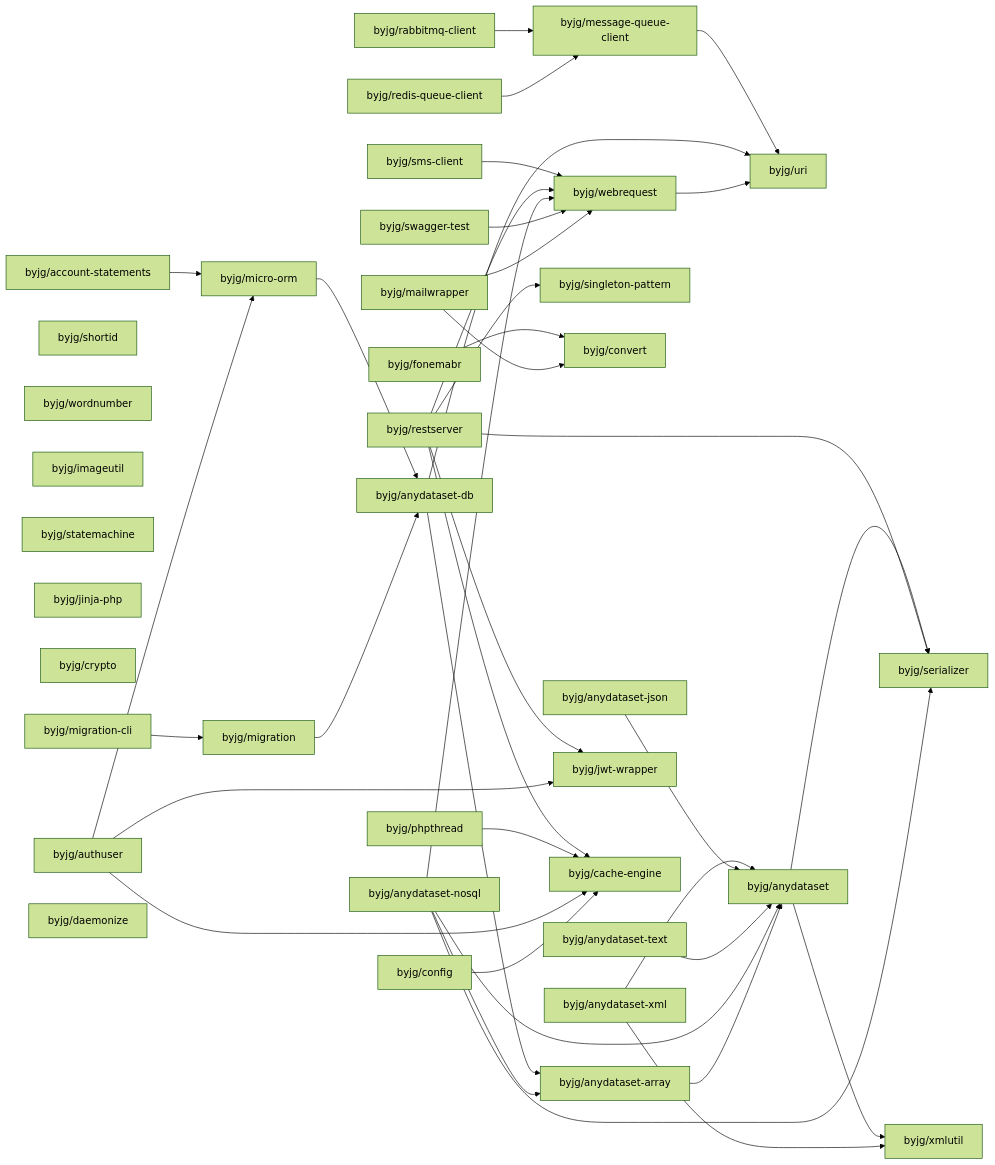
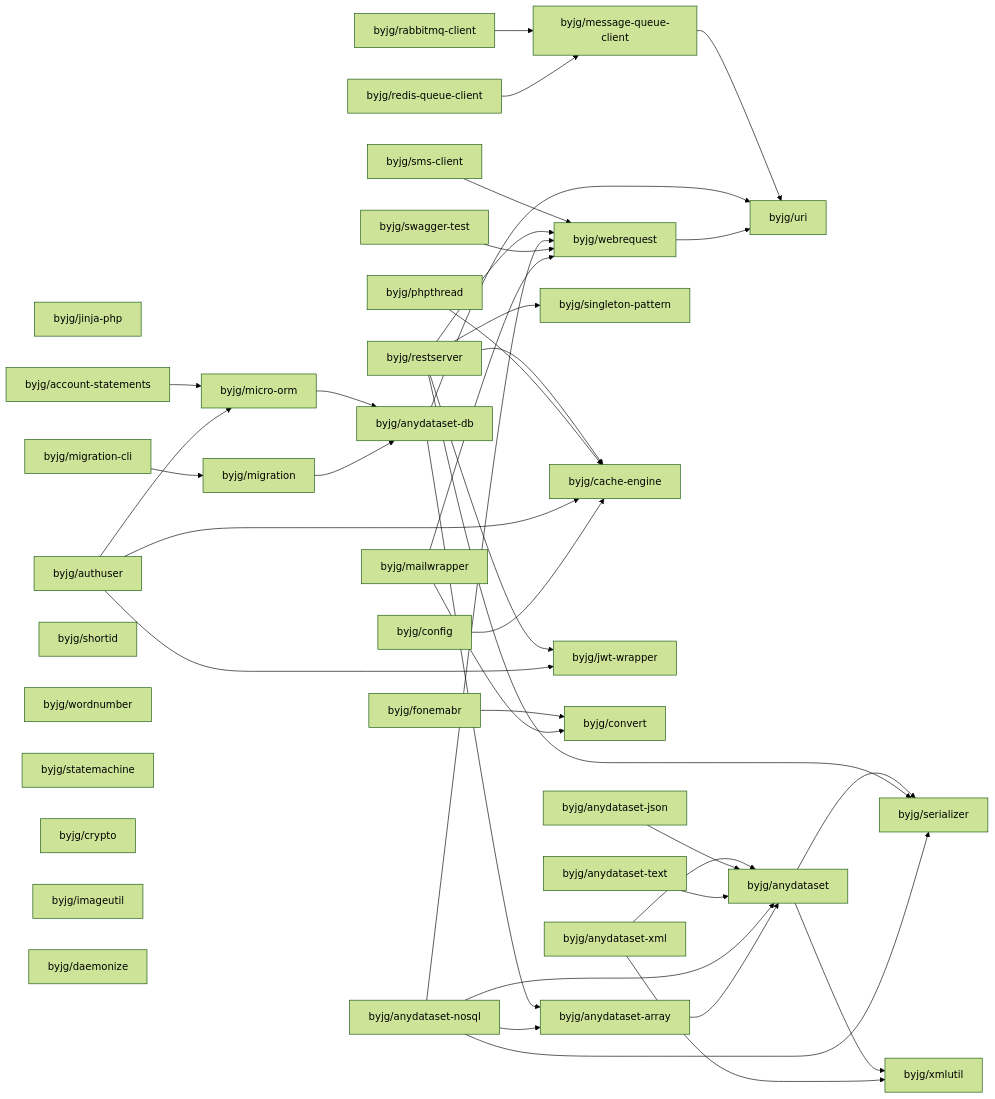
Before and after one commit to byjg/byjg.github.io: the diagram in docs/php/README.md, drawn with Mermaid (forest theme). The commit also changed other lines of this file, not shown here.

Commit message:
Update documentation 'php' 'php-restserver'

````diff
--- a/docs/php/README.md
+++ b/docs/php/README.md
@@ -3,76 +3,76 @@
 ```mermaid
 graph LR;
+  byjg/jinja-php;
+  byjg/migration-cli;
+  byjg/account-statements;
+  byjg/anydataset-nosql;
+  byjg/rabbitmq-client;
+  byjg/authuser;
+  byjg/anydataset-json;
+  byjg/phpthread;
+  byjg/anydataset-text;
+  byjg/shortid;
+  byjg/wordnumber;
+  byjg/statemachine;
+  byjg/config;
+  byjg/mailwrapper;
+  byjg/crypto;
+  byjg/restserver;
+  byjg/imageutil;
+  byjg/daemonize;
+  byjg/anydataset-xml;
+  byjg/swagger-test;
+  byjg/fonemabr;
   byjg/redis-queue-client;
-  byjg/migration-cli;
-  byjg/shortid;
-  byjg/anydataset-text;
-  byjg/anydataset-xml;
   byjg/sms-client;
-  byjg/restserver;
-  byjg/swagger-test;
-  byjg/wordnumber;
-  byjg/imageutil;
-  byjg/statemachine;
-  byjg/fonemabr;
-  byjg/mailwrapper;
-  byjg/anydataset-json;
-  byjg/jinja-php;
-  byjg/config;
-  byjg/crypto;
-  byjg/account-statements;
-  byjg/rabbitmq-client;
-  byjg/anydataset-nosql;
-  byjg/authuser;
-  byjg/daemonize;
-  byjg/phpthread;
   byjg/migration;
+  byjg/micro-orm;
   byjg/singleton-pattern;
+  byjg/cache-engine;
+  byjg/jwt-wrapper;
   byjg/convert;
   byjg/message-queue-client;
   byjg/webrequest;
-  byjg/micro-orm;
-  byjg/jwt-wrapper;
-  byjg/cache-engine;
   byjg/anydataset-db;
   byjg/anydataset-array;
   byjg/uri;
   byjg/anydataset;
   byjg/serializer;
   byjg/xmlutil;
   byjg/account-statements --> byjg/micro-orm;
   byjg/message-queue-client --> byjg/uri;
   byjg/anydataset --> byjg/serializer;
   byjg/anydataset --> byjg/xmlutil;
   byjg/rabbitmq-client --> byjg/message-queue-client;
   byjg/anydataset-xml --> byjg/anydataset;
   byjg/anydataset-xml --> byjg/xmlutil;
   byjg/sms-client --> byjg/webrequest;
   byjg/anydataset-db --> byjg/anydataset-array;
   byjg/anydataset-db --> byjg/uri;
   byjg/micro-orm --> byjg/anydataset-db;
   byjg/anydataset-json --> byjg/anydataset;
   byjg/restserver --> byjg/serializer;
   byjg/restserver --> byjg/singleton-pattern;
   byjg/restserver --> byjg/cache-engine;
   byjg/restserver --> byjg/webrequest;
   byjg/restserver --> byjg/jwt-wrapper;
   byjg/webrequest --> byjg/uri;
   byjg/anydataset-text --> byjg/anydataset;
   byjg/redis-queue-client --> byjg/message-queue-client;
   byjg/phpthread --> byjg/cache-engine;
   byjg/authuser --> byjg/micro-orm;
   byjg/authuser --> byjg/cache-engine;
   byjg/authuser --> byjg/jwt-wrapper;
   byjg/config --> byjg/cache-engine;
   byjg/fonemabr --> byjg/convert;
   byjg/anydataset-nosql --> byjg/anydataset;
   byjg/anydataset-nosql --> byjg/anydataset-array;
   byjg/anydataset-nosql --> byjg/serializer;
   byjg/anydataset-nosql --> byjg/webrequest;
   byjg/anydataset-array --> byjg/anydataset;
   byjg/swagger-test --> byjg/webrequest;
   byjg/migration-cli --> byjg/migration;
   byjg/migration --> byjg/anydataset-db;
   byjg/mailwrapper --> byjg/convert;
   byjg/mailwrapper --> byjg/webrequest;
 ```
````
